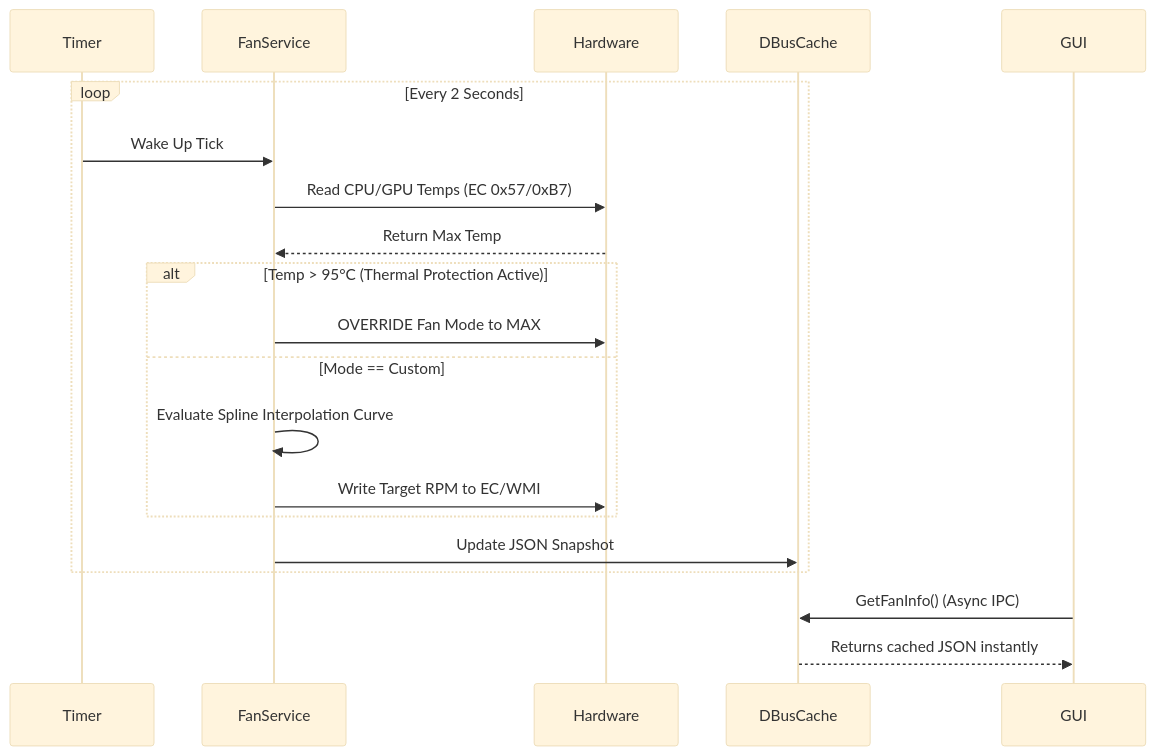
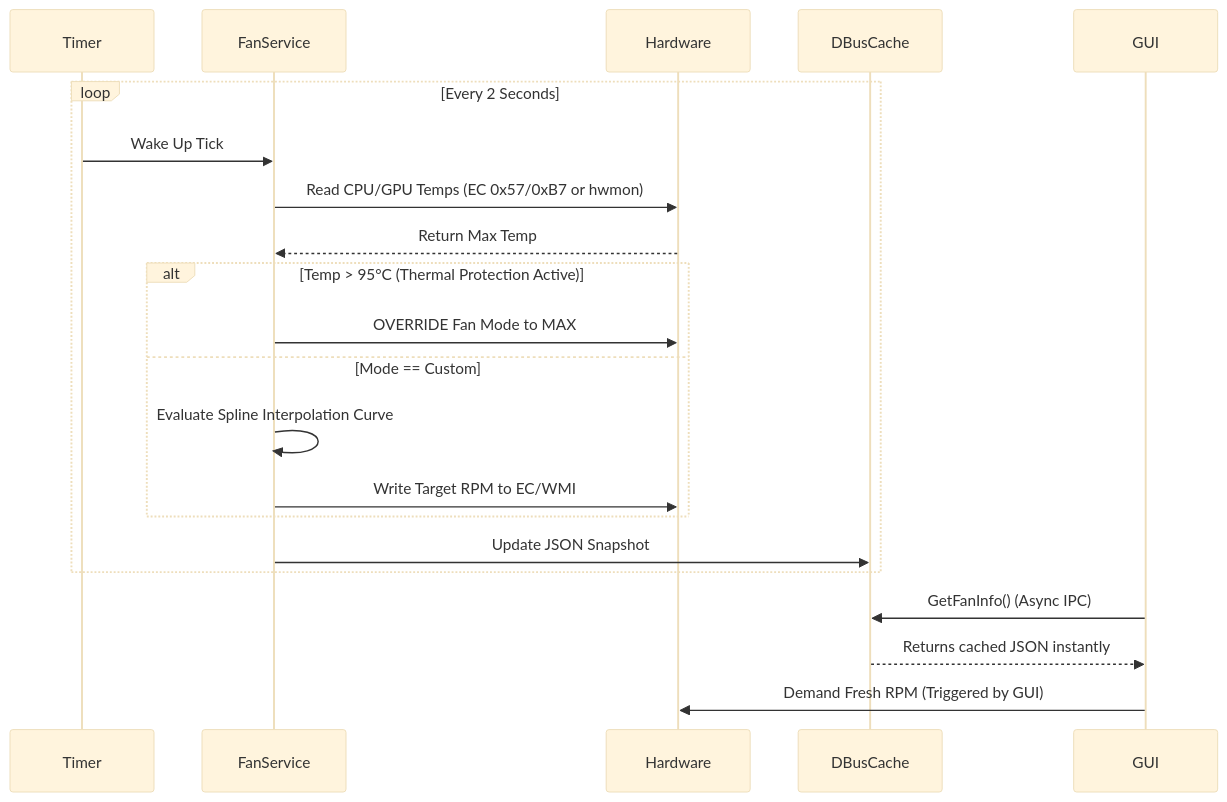
The second of 3 diagrams in documentation/ARCHITECTURE.md (cptodix/OmenCtl), drawn with Mermaid (base theme) before and after one commit. The commit also changed other lines of this file and 1 other file, not shown here.

````diff
--- a/documentation/ARCHITECTURE.md
+++ b/documentation/ARCHITECTURE.md
@@ -54,26 +56,27 @@
 ```mermaid
 sequenceDiagram
     participant Timer
     participant FanService
     participant Hardware
     participant DBusCache
     participant GUI
     
     loop Every 2 Seconds
         Timer->>FanService: Wake Up Tick
-        FanService->>Hardware: Read CPU/GPU Temps (EC 0x57/0xB7)
+        FanService->>Hardware: Read CPU/GPU Temps (EC 0x57/0xB7 or hwmon)
         Hardware-->>FanService: Return Max Temp
         
         alt Temp > 95°C (Thermal Protection Active)
             FanService->>Hardware: OVERRIDE Fan Mode to MAX
         else Mode == Custom
             FanService->>FanService: Evaluate Spline Interpolation Curve
             FanService->>Hardware: Write Target RPM to EC/WMI
         end
         
         FanService->>DBusCache: Update JSON Snapshot 
     end
     
     GUI->>DBusCache: GetFanInfo() (Async IPC)
     DBusCache-->>GUI: Returns cached JSON instantly
+    GUI->>Hardware: Demand Fresh RPM (Triggered by GUI)
 ```
````
